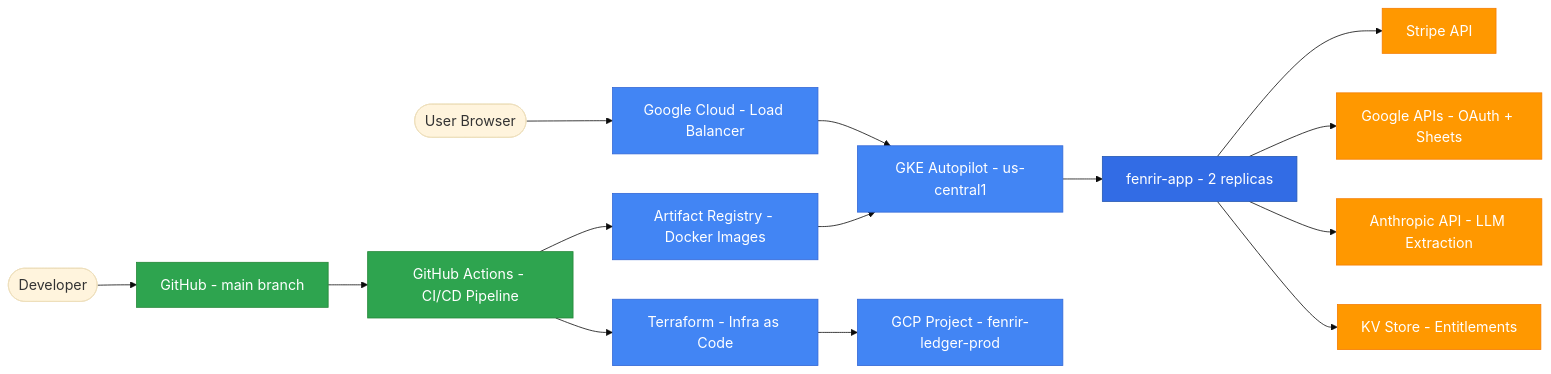
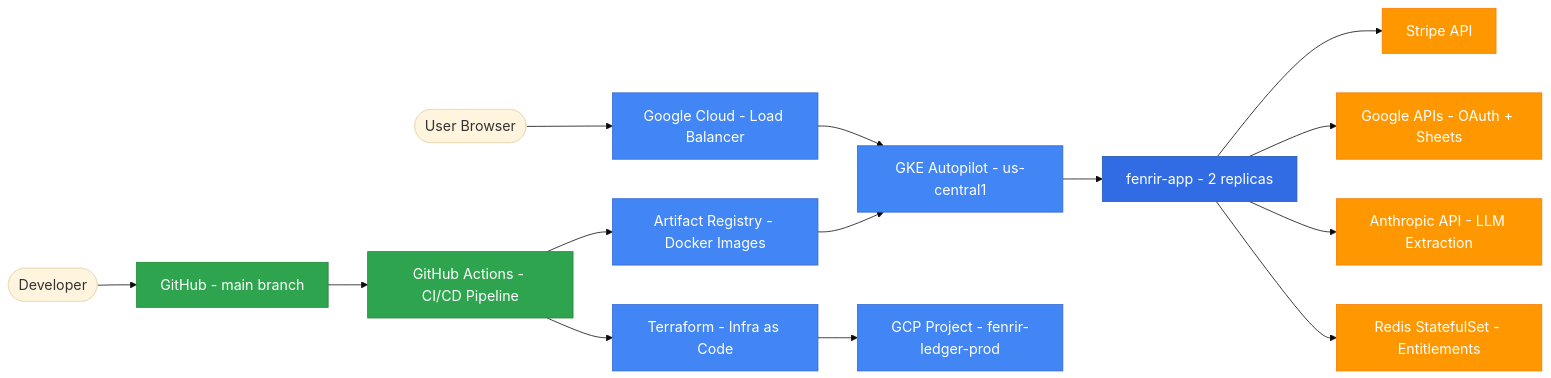
One commit to declanshanaghy/fenrir-ledger changed the first of 9 diagrams in architecture/system-design.md. Above: the diagram before and after it, drawn with Mermaid. The commit also changed other lines of this file and 2 other files, not shown here.

````diff
--- a/architecture/system-design.md
+++ b/architecture/system-design.md
@@ -13,37 +13,37 @@
 ```mermaid
 %%{init: {'theme': 'base', 'themeVariables': {'fontSize': '18px'}}}%%
 graph LR
     classDef gcp fill:#4285F4,stroke:#3367D6,color:#FFF
     classDef k8s fill:#326CE5,stroke:#2558B1,color:#FFF
     classDef ext fill:#FF9800,stroke:#F57C00,color:#FFF
     classDef ci fill:#2EA44F,stroke:#238636,color:#FFF
 
     user([User Browser]) --> lb[Google Cloud - Load Balancer]
     lb --> gke[GKE Autopilot - us-central1]
     gke --> app[fenrir-app - 2 replicas]
 
     dev([Developer]) --> gh[GitHub - main branch]
     gh --> actions[GitHub Actions - CI/CD Pipeline]
     actions --> tf[Terraform - Infra as Code]
     actions --> ar[Artifact Registry - Docker Images]
     ar --> gke
     tf --> gcp[GCP Project - fenrir-ledger-prod]
 
     app --> stripe[Stripe API]
     app --> google[Google APIs - OAuth + Sheets]
     app --> anthropic[Anthropic API - LLM Extraction]
-    app --> kv[KV Store - Entitlements]
+    app --> kv[Redis StatefulSet - Entitlements]
 
     class lb gcp
     class gke gcp
     class ar gcp
     class gcp gcp
     class tf gcp
     class app k8s
     class stripe ext
     class google ext
     class anthropic ext
     class kv ext
     class gh ci
     class actions ci
 ```
````
